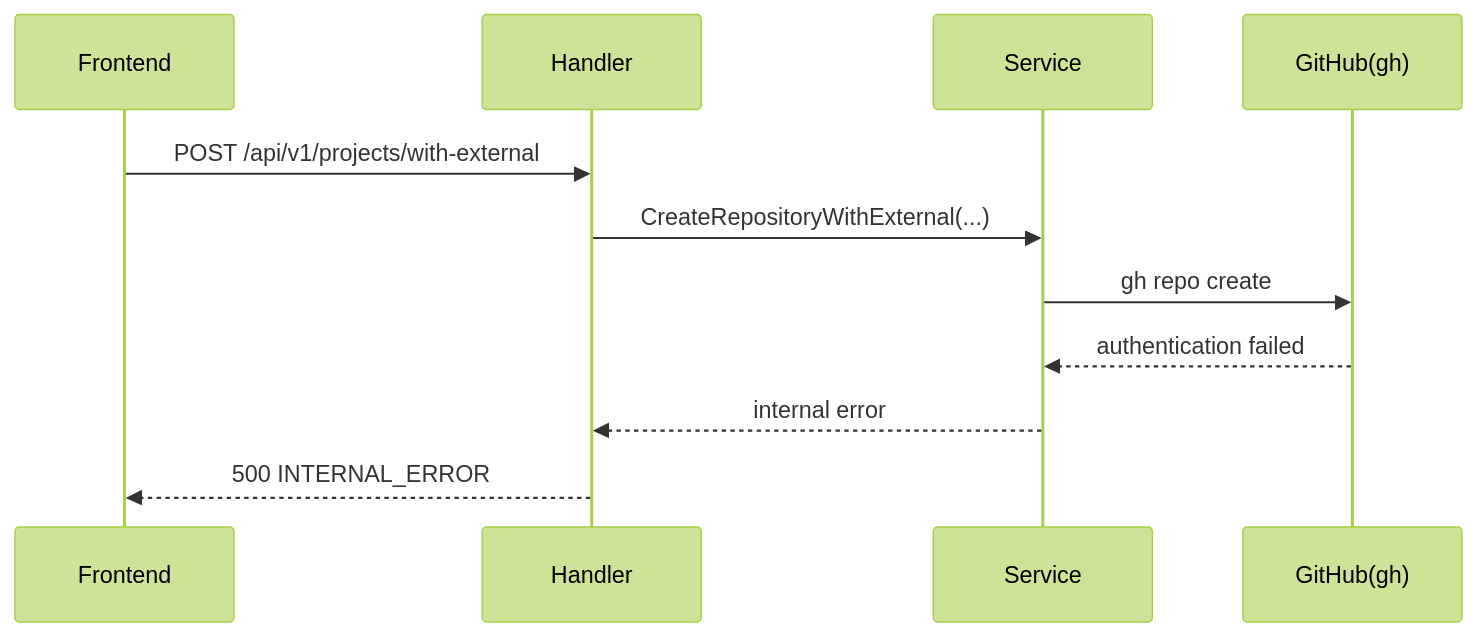
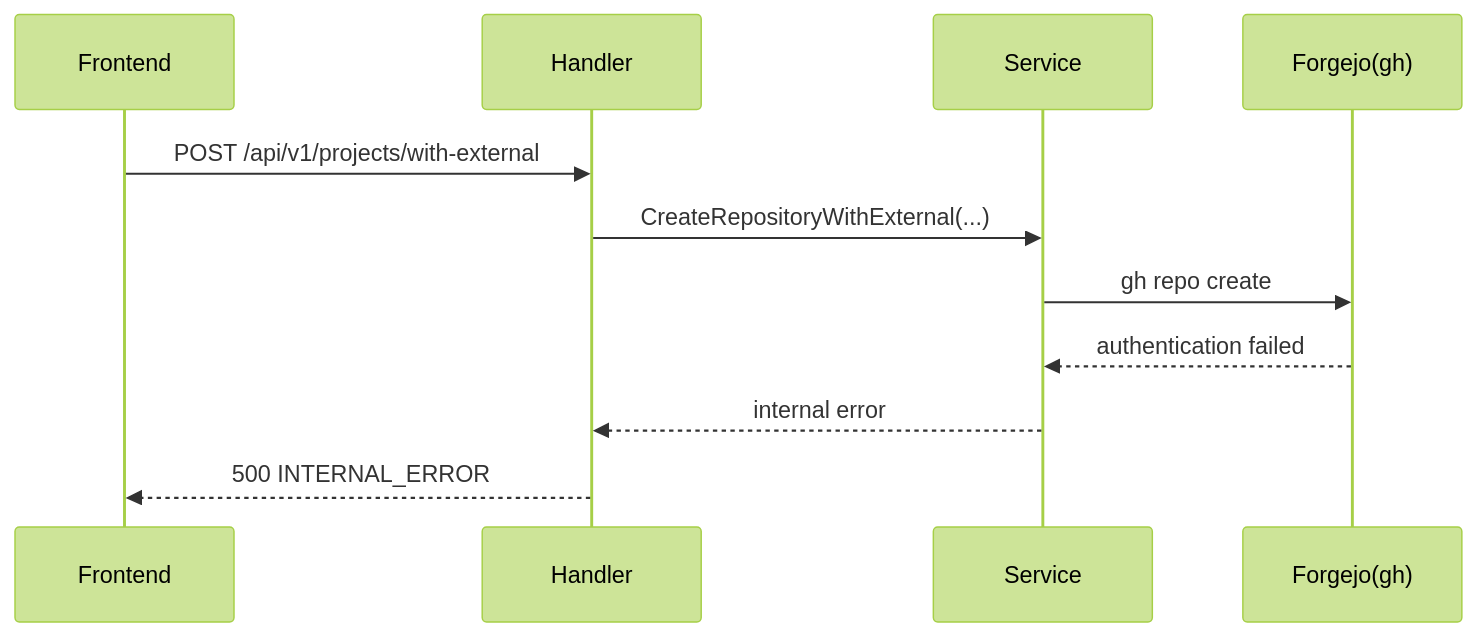
One commit to BossApe/lo-vibe changed the third of 4 diagrams in _document/003.設計・開発・テストフェーズ/003.設計/FR-003.GitHubリポジトリ作成・initial-push/FR-003.シーケンス図（エラー詳細）.md. Above: the diagram before and after it, drawn with Mermaid (forest theme). The commit also changed other lines of this file and 38 other files, not shown here.

````diff
--- a/_document/003.設計・開発・テストフェーズ/003.設計/FR-003.GitHubリポジトリ作成・initial-push/FR-003.シーケンス図（エラー詳細）.md
+++ b/_document/003.設計・開発・テストフェーズ/003.設計/FR-003.GitHubリポジトリ作成・initial-push/FR-003.シーケンス図（エラー詳細）.md
@@ -47,14 +47,14 @@
 ```mermaid
 sequenceDiagram
     participant FE as Frontend
     participant API as Handler
     participant SVC as Service
-    participant GH as GitHub(gh)
+    participant GH as Forgejo(gh)
 
     FE->>API: POST /api/v1/projects/with-external
     API->>SVC: CreateRepositoryWithExternal(...)
     SVC->>GH: gh repo create
     GH-->>SVC: authentication failed
     SVC-->>API: internal error
     API-->>FE: 500 INTERNAL_ERROR
 ```
````
